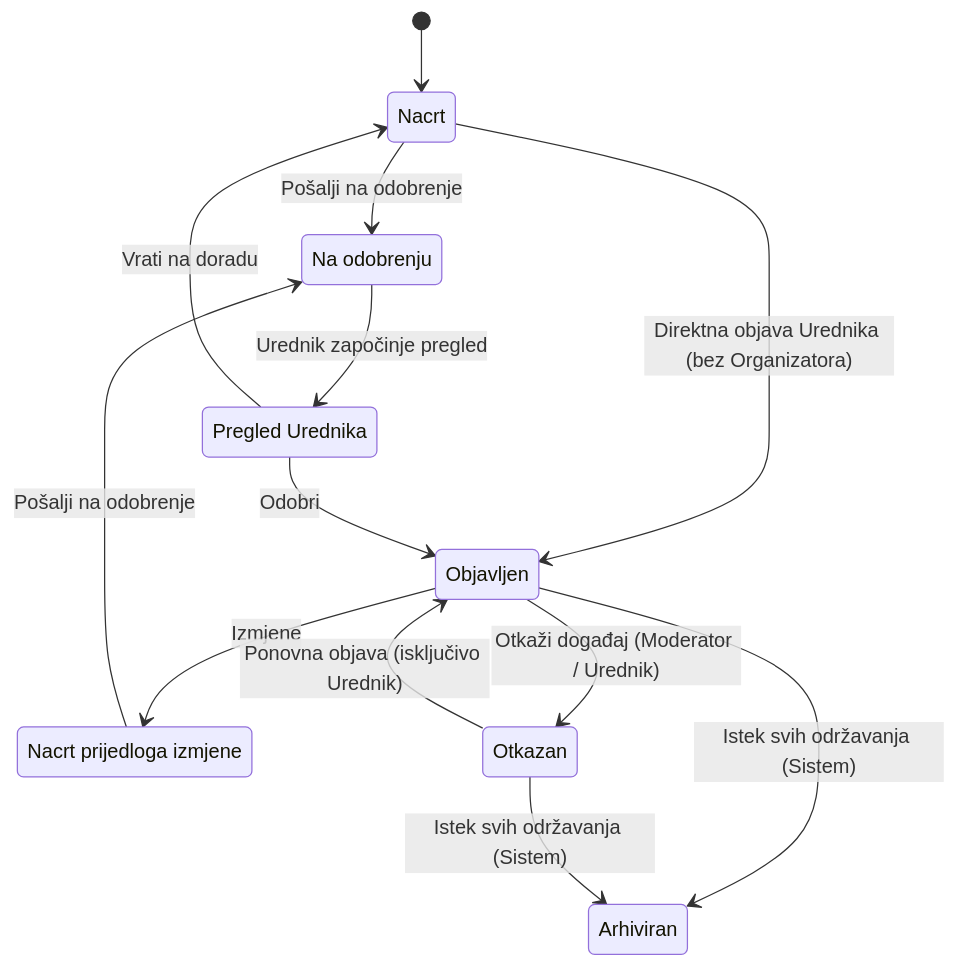
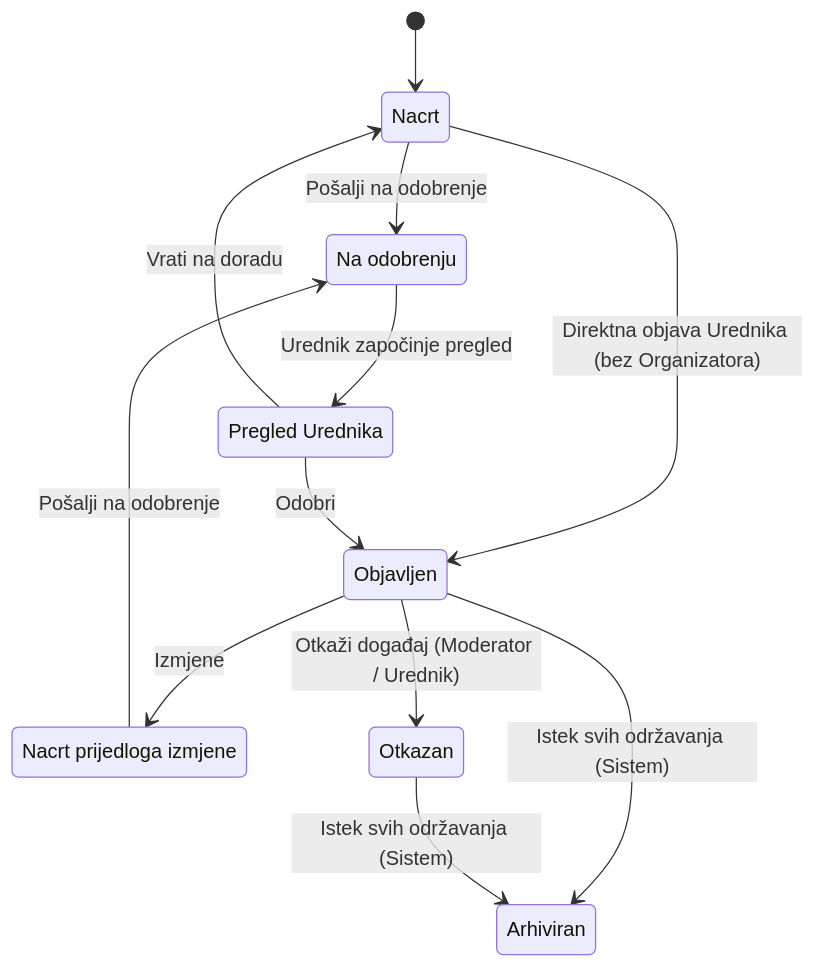
Before and after one commit to GoranOpK/digital.kotor.me: the diagram in docs/functional-specifications/Functional-Specification.md, drawn with Mermaid. The commit also changed other lines of this file and 4 other files, not shown here.

````diff
--- a/docs/functional-specifications/Functional-Specification.md
+++ b/docs/functional-specifications/Functional-Specification.md
@@ -1287,22 +1288,21 @@
 ```mermaid
 stateDiagram-v2
     [*] --> Nacrt
 
     Nacrt --> Na_odobrenju : Pošalji na odobrenje
     Nacrt --> Objavljen : Direktna objava Urednika (bez Organizatora)
     Na_odobrenju --> Pregled_Urednika : Urednik započinje pregled
     Pregled_Urednika --> Objavljen : Odobri
     Pregled_Urednika --> Nacrt : Vrati na doradu
 
     Objavljen --> Nacrt_prijedloga_izmjene : Izmjene
     Nacrt_prijedloga_izmjene --> Na_odobrenju : Pošalji na odobrenje
 
     Objavljen --> Arhiviran : Istek svih održavanja (Sistem)
     Objavljen --> Otkazan : Otkaži događaj (Moderator / Urednik)
-    Otkazan --> Objavljen : Ponovna objava (isključivo Urednik)
     Otkazan --> Arhiviran : Istek svih održavanja (Sistem)
 
     state "Na odobrenju" as Na_odobrenju
     state "Pregled Urednika" as Pregled_Urednika
     state "Nacrt prijedloga izmjene" as Nacrt_prijedloga_izmjene
 ```
````
